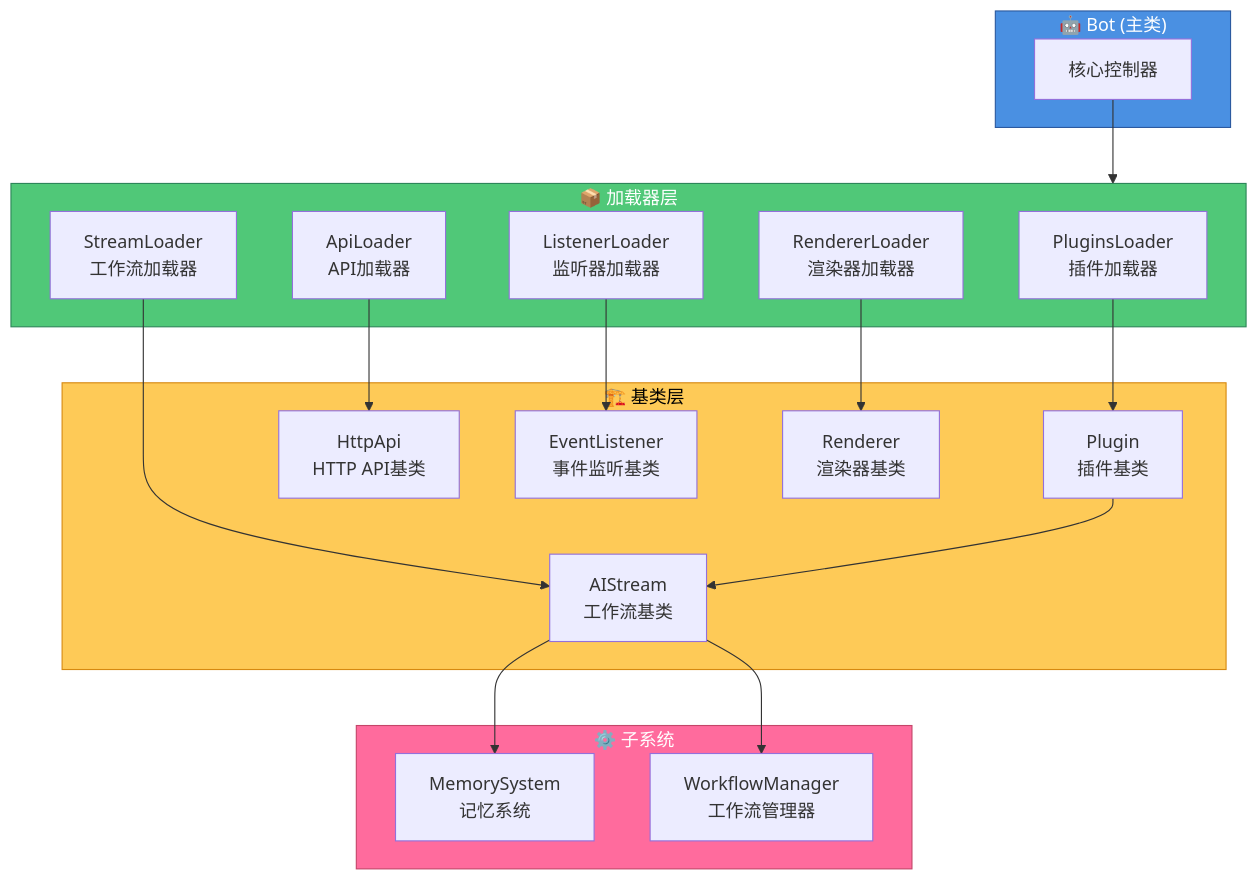
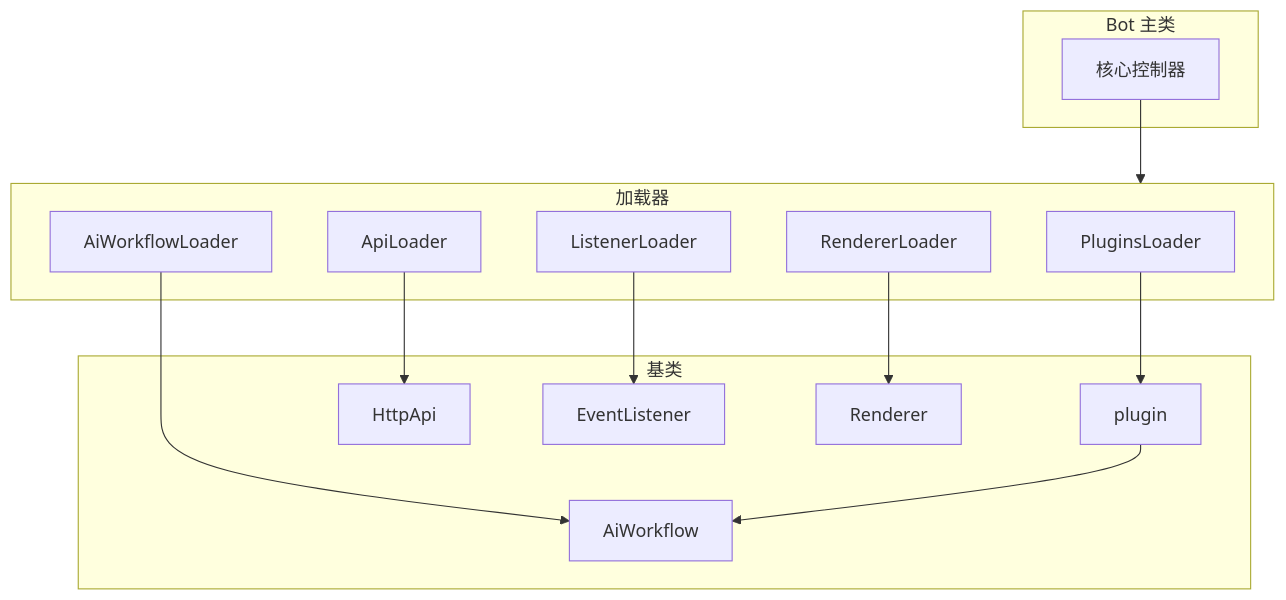
Before and after one commit to sunflowermm/XRK-Yunzai: the diagram in docs/BASE_CLASSES.md, drawn with Mermaid. The commit also changed other lines of this file and 32 other files, not shown here.

````diff
--- a/docs/BASE_CLASSES.md
+++ b/docs/BASE_CLASSES.md
@@ -165,43 +124,30 @@
 ```mermaid
 graph TB
-    subgraph Bot["🤖 Bot (主类)"]
+    subgraph BotNode["Bot 主类"]
         BotCore[核心控制器]
     end
-    
-    subgraph Loaders["📦 加载器层"]
-        PluginLoader[PluginsLoader<br/>插件加载器]
-        StreamLoader[StreamLoader<br/>工作流加载器]
-        ApiLoader[ApiLoader<br/>API加载器]
-        ListenerLoader[ListenerLoader<br/>监听器加载器]
-        RendererLoader[RendererLoader<br/>渲染器加载器]
+
+    subgraph Loaders["加载器"]
+        PluginLoader[PluginsLoader]
+        AiWorkflowLoader[AiWorkflowLoader]
+        ApiLoader[ApiLoader]
+        ListenerLoader[ListenerLoader]
+        RendererLoader[RendererLoader]
     end
-    
-    subgraph BaseClasses["🏗️ 基类层"]
-        Plugin[Plugin<br/>插件基类]
-        AIStream[AIStream<br/>工作流基类]
-        HttpApi[HttpApi<br/>HTTP API基类]
-        EventListener[EventListener<br/>事件监听基类]
-        Renderer[Renderer<br/>渲染器基类]
+
+    subgraph BaseClasses["基类"]
+        Plugin[plugin]
+        AiWorkflow[AiWorkflow]
+        HttpApi[HttpApi]
+        EventListener[EventListener]
+        Renderer[Renderer]
     end
-    
-    subgraph Systems["⚙️ 子系统"]
-        Memory[MemorySystem<br/>记忆系统]
-        WorkflowMgr[WorkflowManager<br/>工作流管理器]
-    end
-    
+
     BotCore --> Loaders
     PluginLoader --> Plugin
-    StreamLoader --> AIStream
+    AiWorkflowLoader --> AiWorkflow
     ApiLoader --> HttpApi
     ListenerLoader --> EventListener
     RendererLoader --> Renderer
-    
-    AIStream --> Memory
-    AIStream --> WorkflowMgr
-    Plugin --> AIStream
-    
-    style Bot fill:#4a90e2,stroke:#2c5aa0,color:#fff
-    style Loaders fill:#50c878,stroke:#2d8659,color:#fff
-    style BaseClasses fill:#feca57,stroke:#d68910,color:#000
-    style Systems fill:#ff6b9d,stroke:#c44569,color:#fff
+    Plugin --> AiWorkflow
 ```
````
